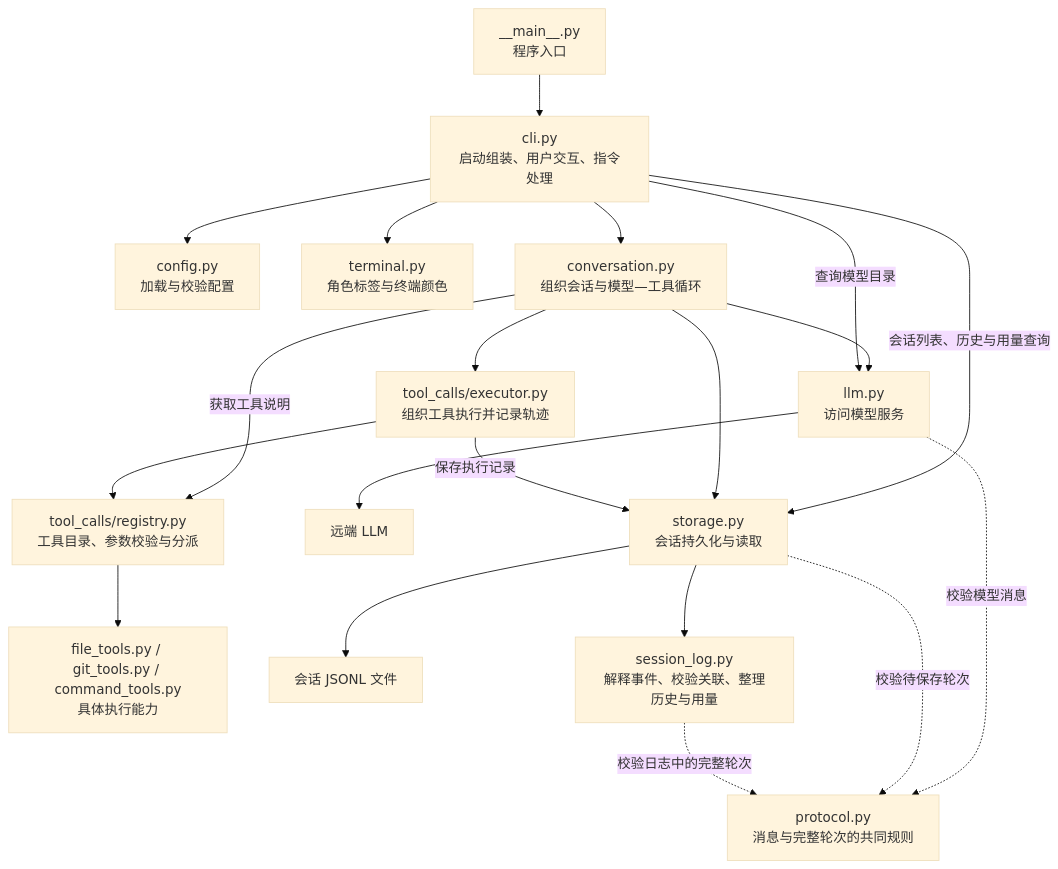
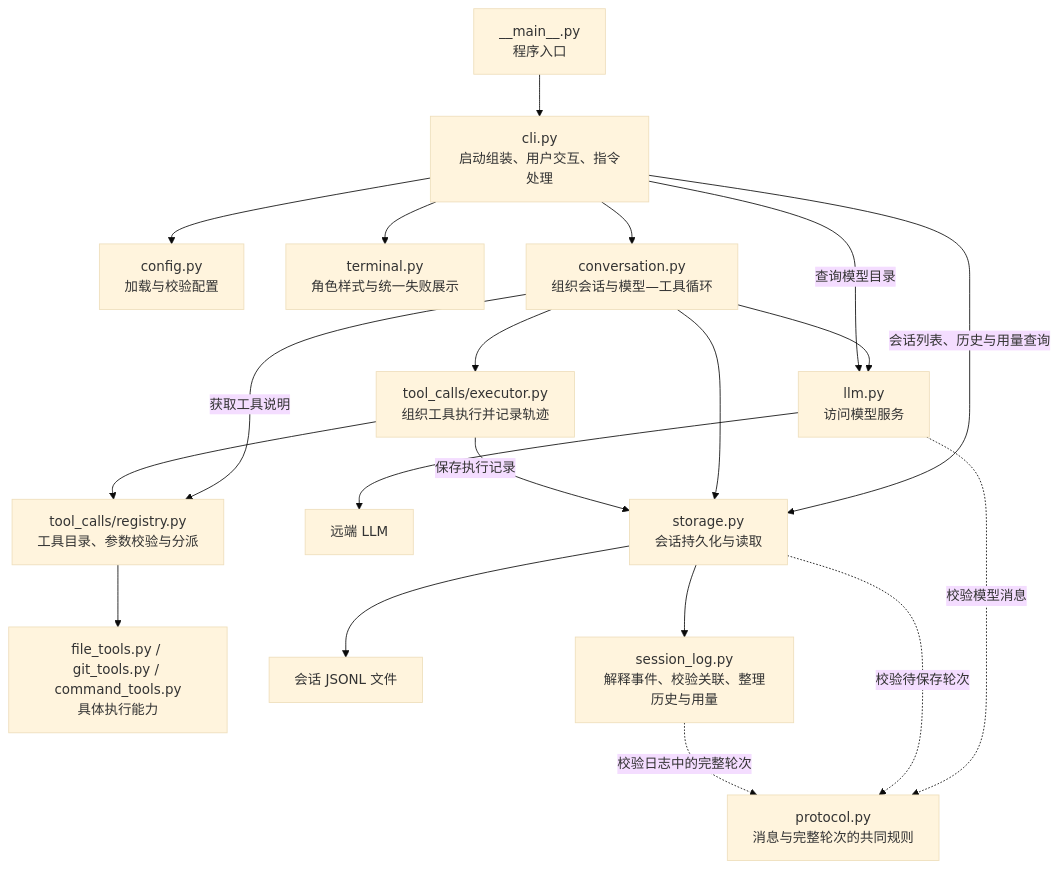
Before and after one commit to Plvltra/AdamAgent: the first of 3 diagrams in docs/architecture.md, drawn with Mermaid (base theme). The commit also changed other lines of this file and 20 other files, not shown here.

````diff
--- a/docs/architecture.md
+++ b/docs/architecture.md
@@ -15,25 +15,25 @@
 ```mermaid
 flowchart TD
     ENTRY["__main__.py<br/>程序入口"] --> CLI["cli.py<br/>启动组装、用户交互、指令处理"]
     CLI --> CONFIG["config.py<br/>加载与校验配置"]
-    CLI --> TERMINAL["terminal.py<br/>角色标签与终端颜色"]
+    CLI --> TERMINAL["terminal.py<br/>角色样式与统一失败展示"]
     CLI --> CONV["conversation.py<br/>组织会话与模型—工具循环"]
     CLI -->|"会话列表、历史与用量查询"| STORE["storage.py<br/>会话持久化与读取"]
 
     CONV --> LLM["llm.py<br/>访问模型服务"]
     CLI -->|"查询模型目录"| LLM
     LLM --> API["远端 LLM"]
     CONV --> EXEC["tool_calls/executor.py<br/>组织工具执行并记录轨迹"]
     CONV -->|"获取工具说明"| REG["tool_calls/registry.py<br/>工具目录、参数校验与分派"]
     EXEC --> REG
     REG --> TOOLS["file_tools.py / git_tools.py / command_tools.py<br/>具体执行能力"]
 
     CONV --> STORE
     EXEC -->|"保存执行记录"| STORE
     STORE --> FILE["会话 JSONL 文件"]
     STORE --> LOG["session_log.py<br/>解释事件、校验关联、整理历史与用量"]
 
     LLM -.->|"校验模型消息"| PROTOCOL["protocol.py<br/>消息与完整轮次的共同规则"]
     STORE -.->|"校验待保存轮次"| PROTOCOL
     LOG -.->|"校验日志中的完整轮次"| PROTOCOL
 ```
````
